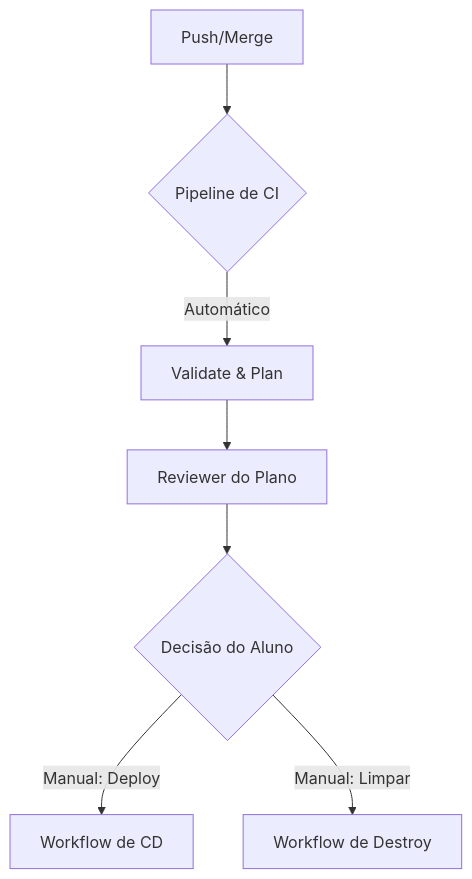
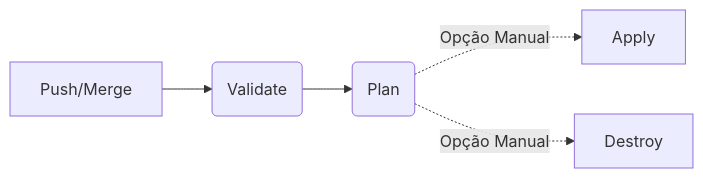
The diagram in README.md (lucascosm3/terraform-foundation-for-teaching), drawn with Mermaid before and after one commit. The commit also changed other lines of this file and 5 other files, not shown here.

````diff
--- a/README.md
+++ b/README.md
@@ -83,9 +82,7 @@
 ```mermaid
-graph TD
-    A[Push/Merge] --> B{Pipeline de CI}
-    B -->|Automático| C[Validate & Plan]
-    C --> D[Reviewer do Plano]
-    D --> E{Decisão do Aluno}
-    E -->|Manual: Deploy| F[Workflow de CD]
-    E -->|Manual: Limpar| G[Workflow de Destroy]
+graph LR
+    A[Push/Merge] --> B(Validate)
+    B --> C(Plan)
+    C -.->|Opção Manual| D[Apply]
+    C -.->|Opção Manual| E[Destroy]
 ```
````
